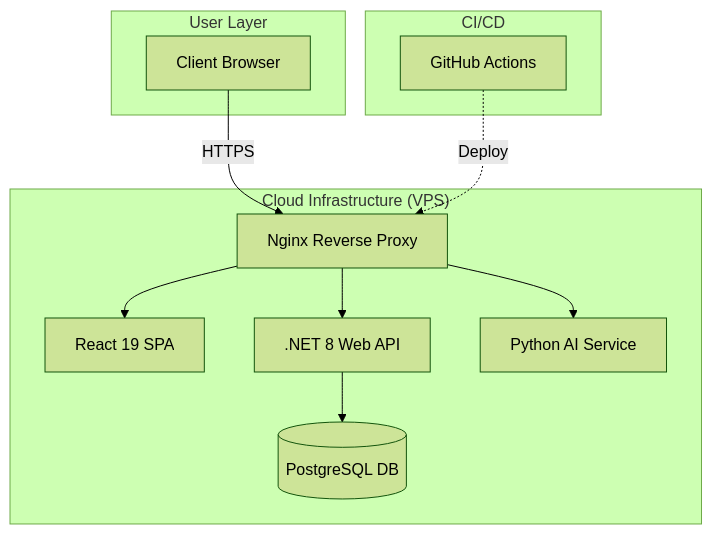
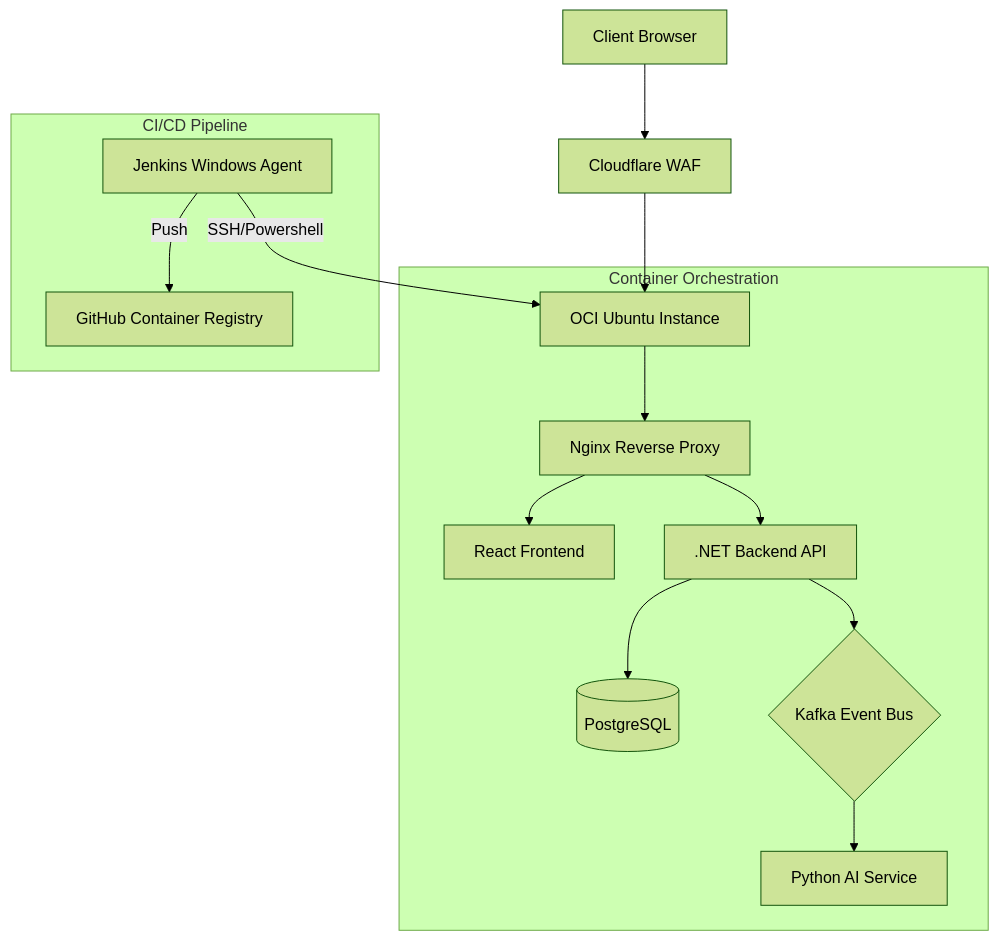
Before and after one commit to OdysseasKalaitsidis/MyIonio_MonoRepo: the diagram in README.md, drawn with Mermaid (forest theme). The commit also changed other lines of this file and 1 other file, not shown here.

````diff
--- a/README.md
+++ b/README.md
@@ -34,26 +28,19 @@
 ```mermaid
 graph TD
-    subgraph "User Layer"
-        User[Client Browser]
+    Client[Client Browser] --> CF[Cloudflare WAF]
+    CF --> VPS[OCI Ubuntu Instance]
+    
+    subgraph "Container Orchestration"
+        VPS --> Nginx[Nginx Reverse Proxy]
+        Nginx --> FE[React Frontend]
+        Nginx --> BE[.NET Backend API]
+        BE --> DB[(PostgreSQL)]
+        BE --> Kafka{Kafka Event Bus}
+        Kafka --> AI[Python AI Service]
     end
 
-    subgraph "Cloud Infrastructure (VPS)"
-        Nginx[Nginx Reverse Proxy]
-        Frontend[React 19 SPA]
-        Backend[.NET 8 Web API]
-        AI[Python AI Service]
-        DB[(PostgreSQL DB)]
+    subgraph "CI/CD Pipeline"
+        Jenkins[Jenkins Windows Agent] -->|SSH/Powershell| VPS
+        Jenkins -->|Push| GHCR[GitHub Container Registry]
     end
-
-    User -->|HTTPS| Nginx
-    Nginx --> Frontend
-    Nginx --> Backend
-    Nginx --> AI
-    Backend --> DB
-
-    subgraph "CI/CD"
-        GHA[GitHub Actions]
-    end
-
-    GHA -.->|Deploy| Nginx
 ```
````
